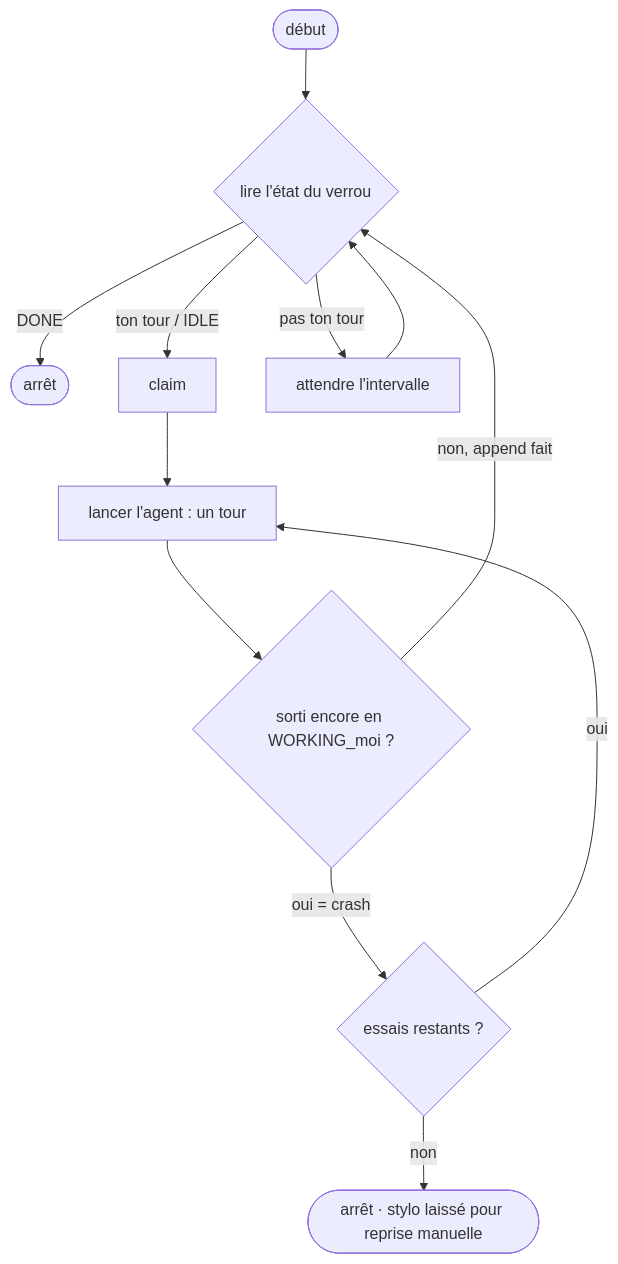
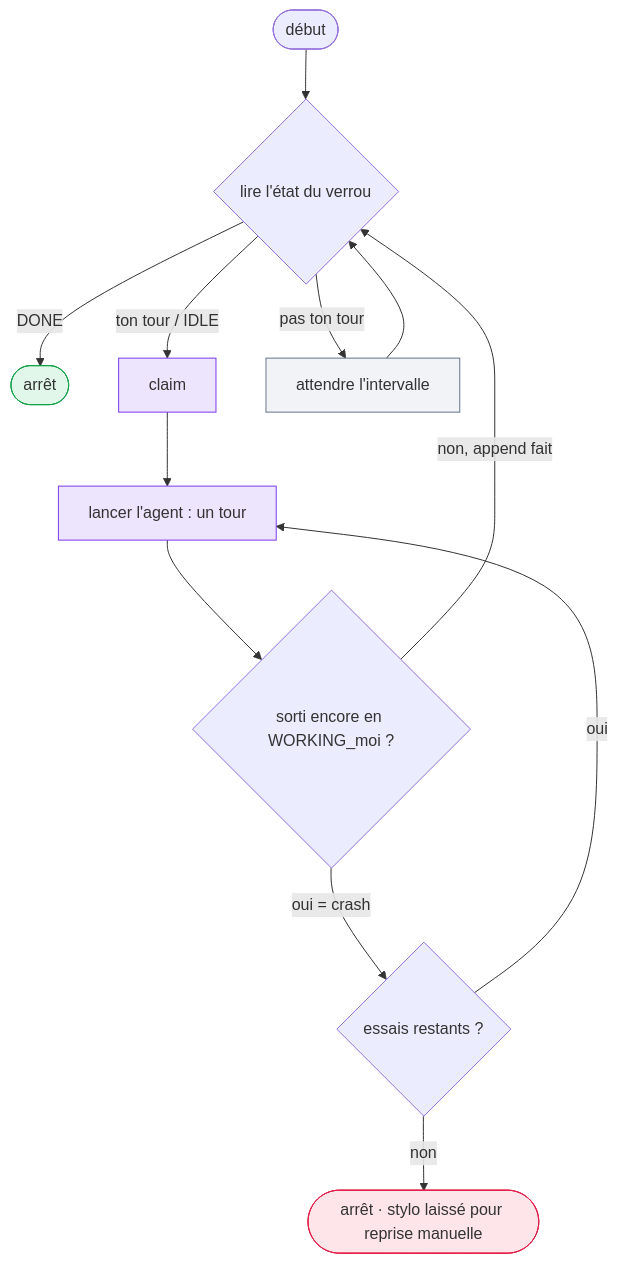
The diagram in docs/fr/guide/headless.md (M8Shift/m8shift.github.io), drawn with Mermaid before and after one commit. The commit also changed other lines of this file and 31 other files, not shown here.

First line of the commit message:
Colorize diagrams and add Mermaid illustrations across the site (EN + FR)

````diff
--- a/docs/fr/guide/headless.md
+++ b/docs/fr/guide/headless.md
@@ -18,13 +18,21 @@
 ```mermaid
 flowchart TD
-    S(["début"]) --> R{"lire l'état du verrou"}
-    R -->|"DONE"| E(["arrêt"])
-    R -->|"ton tour / IDLE"| K["claim"]
-    R -->|"pas ton tour"| W["attendre l'intervalle"] --> R
-    K --> Work["lancer l'agent : un tour"]
-    Work --> C{"sorti encore en WORKING_moi ?"}
-    C -->|"non, append fait"| R
-    C -->|"oui = crash"| Retry{"essais restants ?"}
-    Retry -->|"oui"| Work
-    Retry -->|"non"| M(["arrêt · stylo laissé pour reprise manuelle"])
+    S([début]) --> R{lire l'état du verrou}
+    R -->|DONE| E([arrêt])
+    R -->|ton tour / IDLE| K[claim]
+    R -->|pas ton tour| W[attendre l'intervalle] --> R
+    K --> Work[lancer l'agent : un tour]
+    Work --> C{sorti encore en WORKING_moi ?}
+    C -->|non, append fait| R
+    C -->|oui = crash| Retry{essais restants ?}
+    Retry -->|oui| Work
+    Retry -->|non| M([arrêt · stylo laissé pour reprise manuelle])
+    classDef agent fill:#7c3aed22,stroke:#7c3aed;
+    classDef wait fill:#94a3b822,stroke:#64748b;
+    classDef ok fill:#22c55e22,stroke:#16a34a;
+    classDef bad fill:#f43f5e22,stroke:#e11d48;
+    class K,Work agent;
+    class W wait;
+    class E ok;
+    class M bad;
 ```
````
